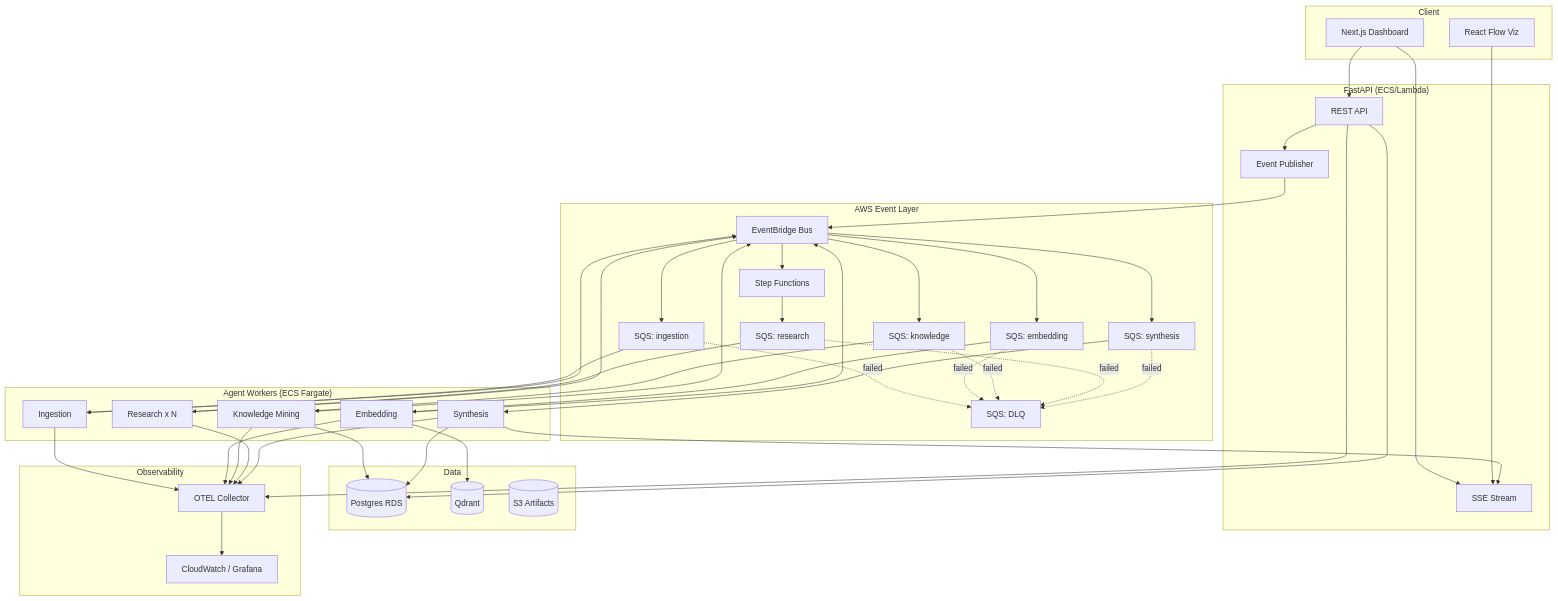
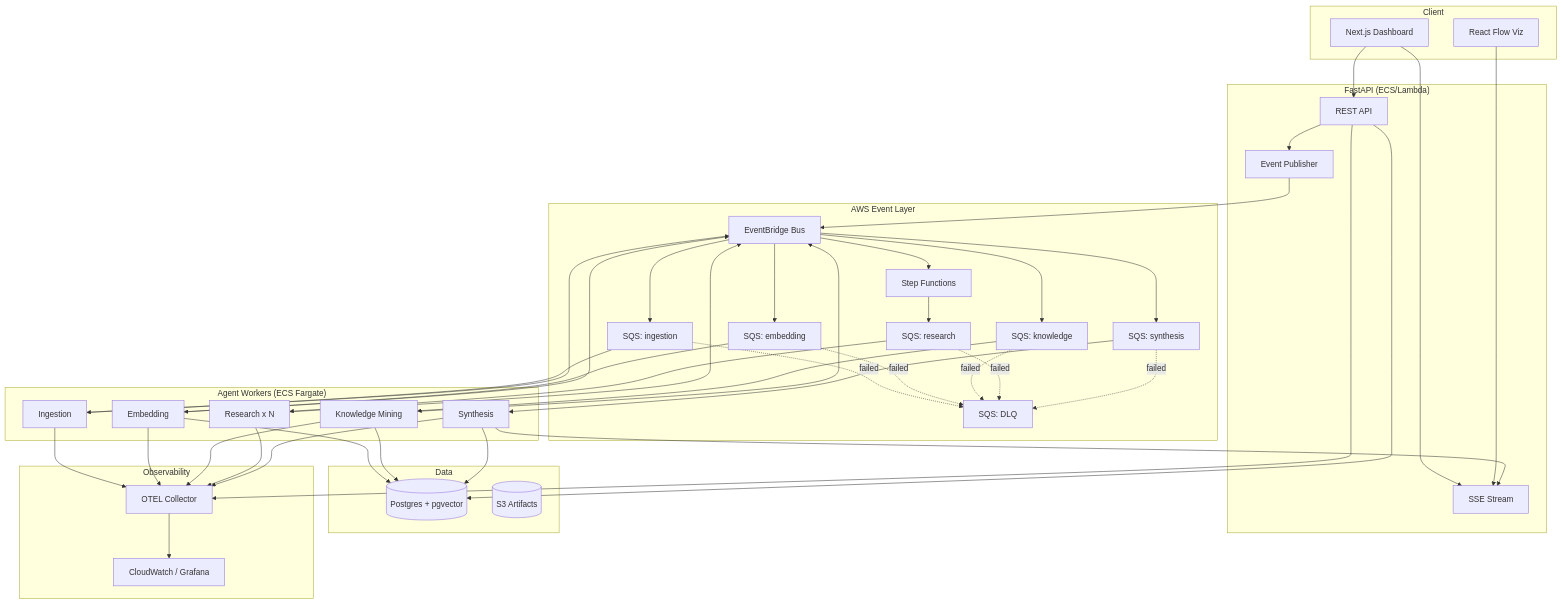
One commit to hrvojevincek/deep-research-event-driven-multi-agent changed the first of 4 diagrams in docs/ARCHITECTURE.md. Above: the diagram before and after it, drawn with Mermaid. The commit also changed other lines of this file and 13 other files, not shown here.

````diff
--- a/docs/ARCHITECTURE.md
+++ b/docs/ARCHITECTURE.md
@@ -14,71 +14,70 @@
 ```mermaid
 flowchart TB
     subgraph Client
         UI[Next.js Dashboard]
         RF[React Flow Viz]
     end
 
     subgraph API["FastAPI (ECS/Lambda)"]
         REST[REST API]
         SSE[SSE Stream]
         PUB[Event Publisher]
     end
 
     subgraph AWS["AWS Event Layer"]
         EB[EventBridge Bus]
         SF[Step Functions]
         SQS1[SQS: ingestion]
         SQS2[SQS: embedding]
         SQS3[SQS: knowledge]
         SQS4[SQS: research]
         SQS5[SQS: synthesis]
         DLQ[SQS: DLQ]
     end
 
     subgraph Workers["Agent Workers (ECS Fargate)"]
         W1[Ingestion]
         W2[Embedding]
         W3[Knowledge Mining]
         W4[Research x N]
         W5[Synthesis]
     end
 
     subgraph Data
-        PG[(Postgres RDS)]
-        QD[(Qdrant)]
+        PG[(Postgres + pgvector)]
         S3[(S3 Artifacts)]
     end
 
     subgraph Obs["Observability"]
         OTEL[OTEL Collector]
         LOGS[CloudWatch / Grafana]
     end
 
     UI --> REST
     UI --> SSE
     RF --> SSE
     REST --> PG
     REST --> PUB
     PUB --> EB
 
     EB --> SQS1 --> W1
     W1 --> EB
     EB --> SQS2 --> W2
-    W2 --> QD
+    W2 --> PG
     W2 --> EB
     EB --> SQS3 --> W3
     W3 --> PG
     W3 --> EB
     EB --> SF
     SF --> SQS4 --> W4
     W4 --> EB
     EB --> SQS5 --> W5
     W5 --> PG
     W5 --> SSE
 
     W1 & W2 & W3 & W4 & W5 --> OTEL
     REST --> OTEL
     OTEL --> LOGS
 
     SQS1 & SQS2 & SQS3 & SQS4 & SQS5 -.->|failed| DLQ
 ```
````
